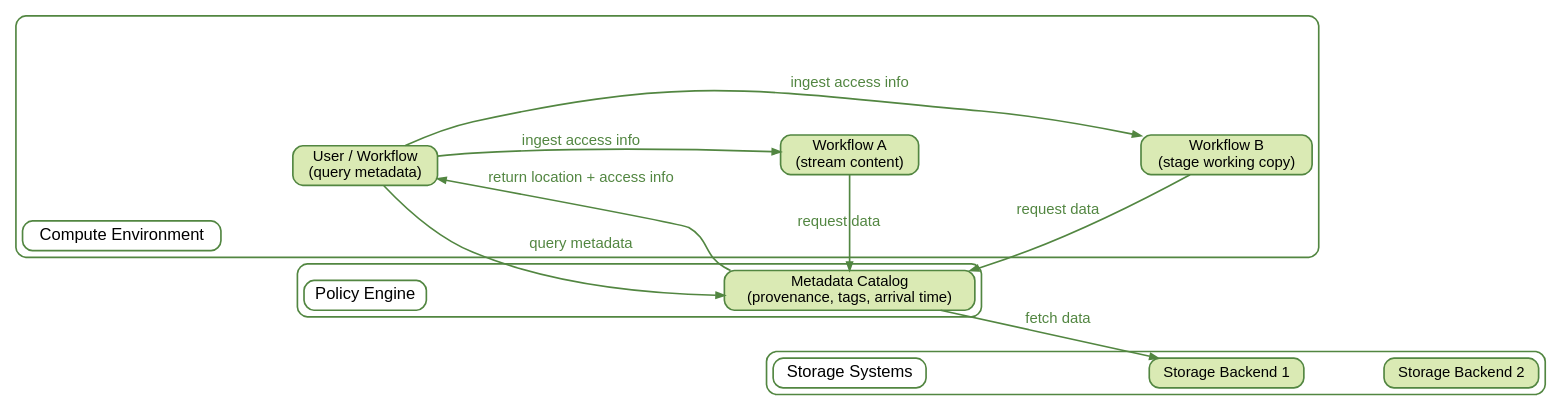
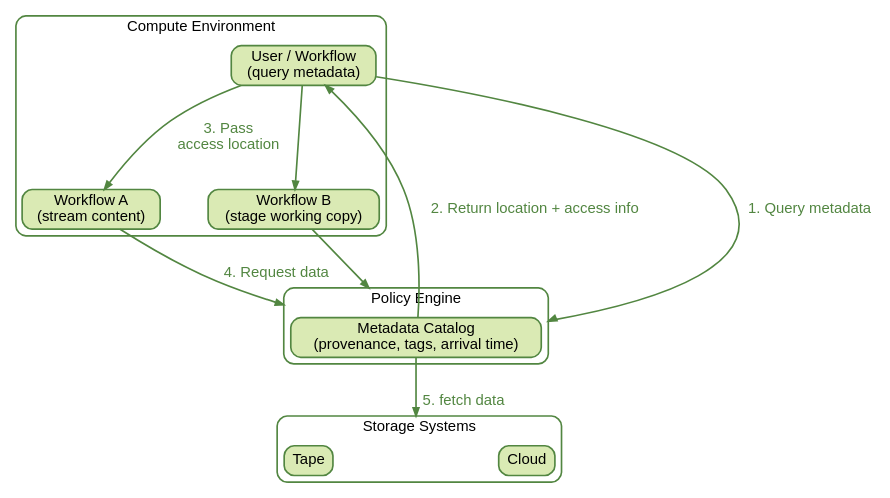
Before and after one commit to chStaiger/rdm-tech-foundations: the sixth of 6 diagrams in book/policy-engines.qmd, drawn with Graphviz. The commit also changed other lines of this file, not shown here.

Commit message:
improve graphs

```diff
--- a/book/policy-engines.qmd
+++ b/book/policy-engines.qmd
@@ -747,12 +627,13 @@
 digraph metadata_query_flow {
 
     graph [
-        rankdir=LR,
+        rankdir=TB,
         bgcolor="white",
         fontname="Helvetica",
         fontsize=18,
         nodesep=0.8,
-        ranksep=1.2
+        ranksep=1.2,
+        compound=true
     ];
 
     node [
@@ -777,102 +658,56 @@
     // Storage Systems cluster
     // ----------------------------------------------------
     subgraph cluster_storage {
-        label="";
+        label="Storage Systems";
         color="#528641";
         penwidth=2;
         style="rounded";
 
-        StorageHeader [
-            label="Storage Systems",
-            shape=box,
-            style="rounded",
-            color="#528641",
-            fillcolor="white",
-            penwidth=2,
-            fontsize=20
-        ];
-
-        S1 [label="Storage Backend 1"];
-        S2 [label="Storage Backend 2"];
-
-        // Vertical stacking
-        StorageHeader -> S1 [style=invis, weight=50];
-        S1           -> S2 [style=invis, weight=50];
+        S1 [label="Cloud"];
+        dummy [style=invis]
+        S2 [label="Tape"];
     }
 
     // ----------------------------------------------------
     // Policy Engine cluster
     // ----------------------------------------------------
     subgraph cluster_policy_engine {
-        label="";
+        label="Policy Engine";
         color="#528641";
         penwidth=2;
         style="rounded";
 
-        PEHeader [
-            label="Policy Engine",
-            shape=box,
-            style="rounded",
-            color="#528641",
-            fillcolor="white",
-            penwidth=2,
-            fontsize=20
-        ];
-
         Catalog [label="Metadata Catalog\n(provenance, tags, arrival time)"];
-
-        // Vertical stacking
-        PEHeader -> Catalog [style=invis, weight=50];
     }
 
     // ----------------------------------------------------
     // Compute Environment cluster
     // ----------------------------------------------------
     subgraph cluster_compute {
-        label="";
+        label="Compute Environment";
         color="#528641";
         penwidth=2;
         style="rounded";
 
-        ComputeHeader [
-            label="Compute Environment",
-            shape=box,
-            style="rounded",
-            color="#528641",
-            fillcolor="white",
-            penwidth=2,
-            fontsize=20
-        ];
-
         User   [label="User / Workflow\n(query metadata)"];
         Stream [label="Workflow A\n(stream content)"];
         Copy   [label="Workflow B\n(stage working copy)"];
-
-        // Vertical stacking
-        ComputeHeader -> User   [style=invis, weight=50];
-        User          -> Stream [style=invis, weight=50];
-        Stream        -> Copy   [style=invis, weight=50];
     }
 
-    // ----------------------------------------------------
-    // Align clusters horizontally (TB mode)
-    // ----------------------------------------------------
-    ComputeHeader -> PEHeader      [style=invis, weight=200];
-    PEHeader      -> StorageHeader [style=invis, weight=200];
 
     // ----------------------------------------------------
     // Visible edges (actual interactions)
     // ----------------------------------------------------
-    User   -> Catalog [label="query metadata"];
-    Catalog -> User   [label="return location + access info"];
+    User   -> Catalog [label="1. Query metadata", lhead="cluster_policy_engine"];
+    Catalog -> User   [label="2. Return location + access info"];
 
-    User   -> Stream  [label="ingest access info"];
-    User   -> Copy    [label="ingest access info"];
+    User   -> Stream  [label="3. Pass\naccess location"];
+    User   -> Copy ;
 
-    Stream -> Catalog [label="request data"];
-    Copy   -> Catalog [label="request data"];
+    Stream -> Catalog [label="4. Request data", lhead="cluster_policy_engine"];
+    Copy   -> Catalog [lhead="cluster_policy_engine"]
 
-    Catalog -> S1     [label="fetch data"];
+    Catalog -> dummy     [label="5. fetch data", lhead="cluster_storage"];
 }
 
 
```
